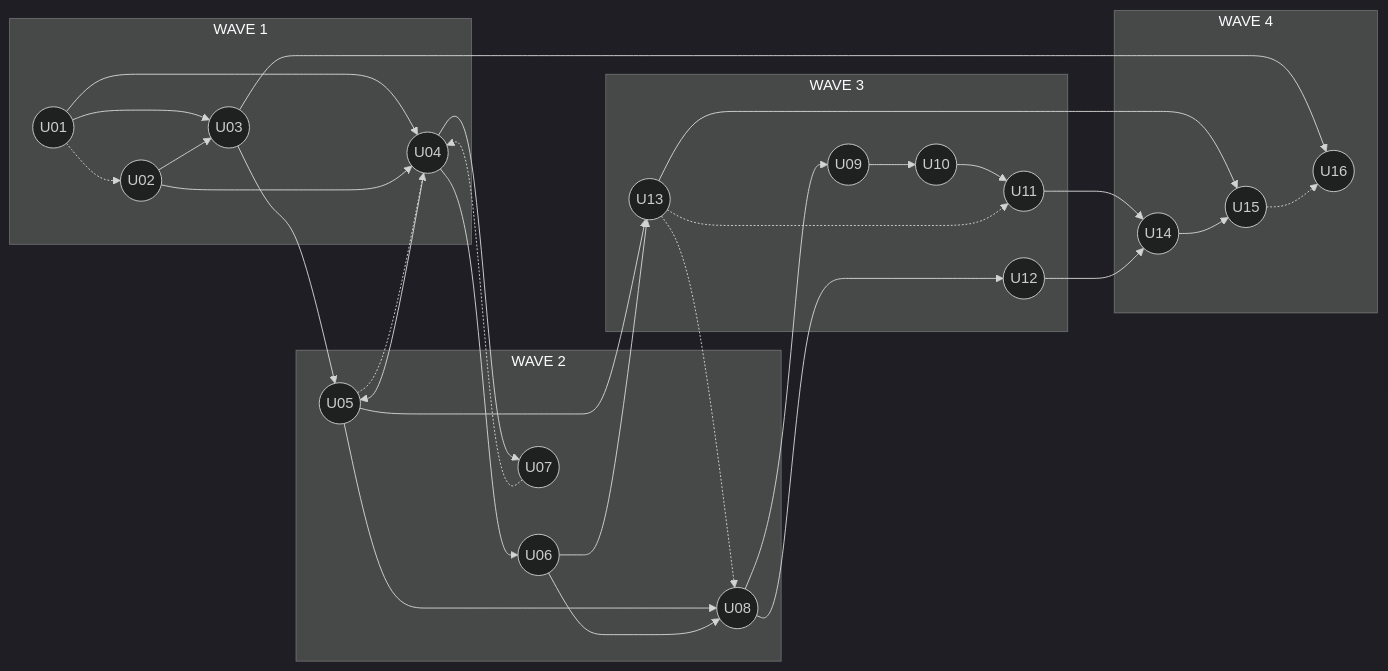
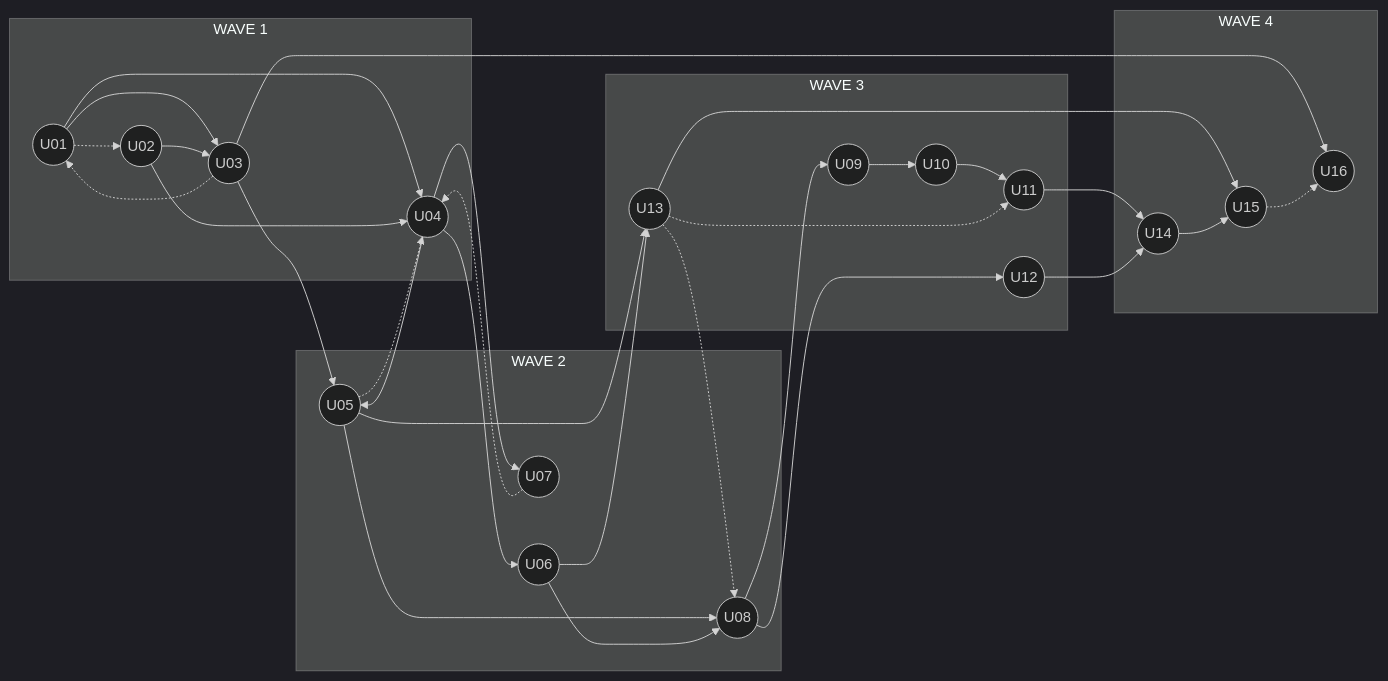
One commit to hygef-v4/AI-Powered-Learning-Platform changed the diagram in aidlc-docs/inception/application-design/unit-of-work-dependency.md. Above: the diagram before and after it, drawn with Mermaid (dark theme). The commit also changed other lines of this file and 29 other files, not shown here.

````diff
--- a/aidlc-docs/inception/application-design/unit-of-work-dependency.md
+++ b/aidlc-docs/inception/application-design/unit-of-work-dependency.md
@@ -30,56 +30,57 @@
 ```mermaid
 flowchart LR
     subgraph W1["WAVE 1"]
         U01((U01))
         U02((U02))
         U03((U03))
         U04((U04))
     end
     subgraph W2["WAVE 2"]
         U05((U05))
         U06((U06))
         U07((U07))
         U08((U08))
     end
     subgraph W3["WAVE 3"]
         U09((U09))
         U10((U10))
         U11((U11))
         U12((U12))
         U13((U13))
     end
     subgraph W4["WAVE 4"]
         U14((U14))
         U15((U15))
         U16((U16))
     end
 
     U01 --> U03
     U01 --> U04
     U02 --> U03
     U02 --> U04
     U03 --> U05
     U04 --> U05
     U04 --> U06
     U04 --> U07
     U05 --> U08
     U06 --> U08
     U05 --> U13
     U06 --> U13
     U08 --> U09
     U08 --> U12
     U09 --> U10
     U10 --> U11
     U11 --> U14
     U12 --> U14
     U13 --> U15
     U14 --> U15
     U03 --> U16
 
     U01 -.-> U02
+    U03 -.-> U01
     U05 -.-> U04
     U07 -.-> U04
     U13 -.-> U08
     U13 -.-> U11
     U15 -.-> U16
 ```
````
